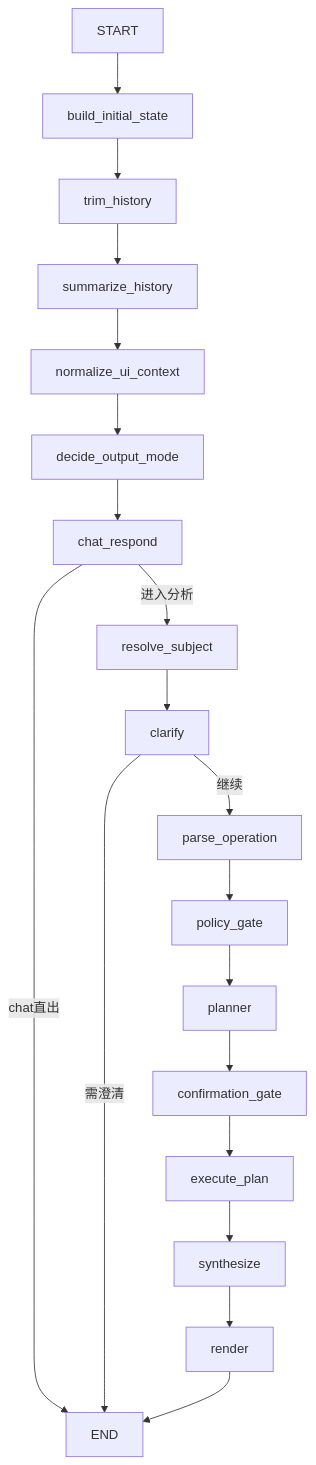
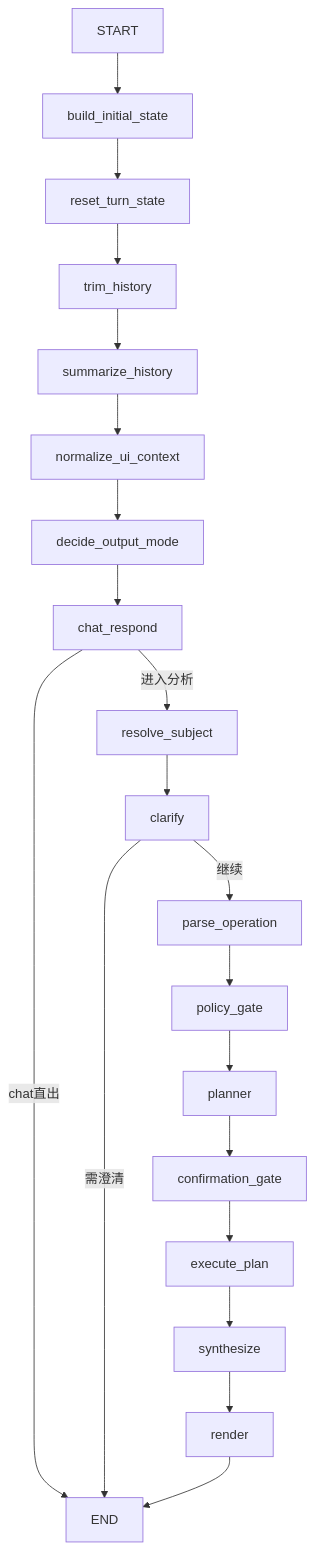
Before and after one commit to kkkano/FinSight: the second of 6 diagrams in docs/01_ARCHITECTURE.md, drawn with Mermaid. The commit also changed 5 other files, not shown here.

First line of the commit message:
docs: sync architecture docs for 16-node pipeline + compare evidence gate

````diff
--- a/docs/01_ARCHITECTURE.md
+++ b/docs/01_ARCHITECTURE.md
@@ -50,21 +50,22 @@
 ```mermaid
 flowchart TD
   START --> build_initial_state
-  build_initial_state --> trim_history
+  build_initial_state --> reset_turn_state
+  reset_turn_state --> trim_history
   trim_history --> summarize_history
   summarize_history --> normalize_ui_context
   normalize_ui_context --> decide_output_mode
   decide_output_mode --> chat_respond
   chat_respond -->|chat直出| END
   chat_respond -->|进入分析| resolve_subject
   resolve_subject --> clarify
   clarify -->|需澄清| END
   clarify -->|继续| parse_operation
   parse_operation --> policy_gate
   policy_gate --> planner
   planner --> confirmation_gate
   confirmation_gate --> execute_plan
   execute_plan --> synthesize
   synthesize --> render
   render --> END
 ```
````
